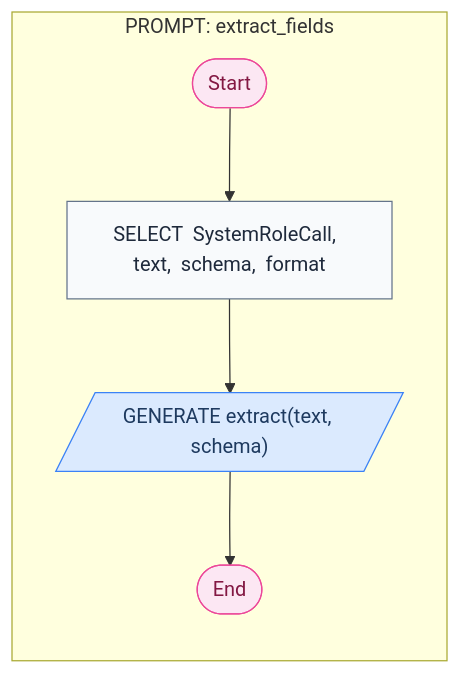
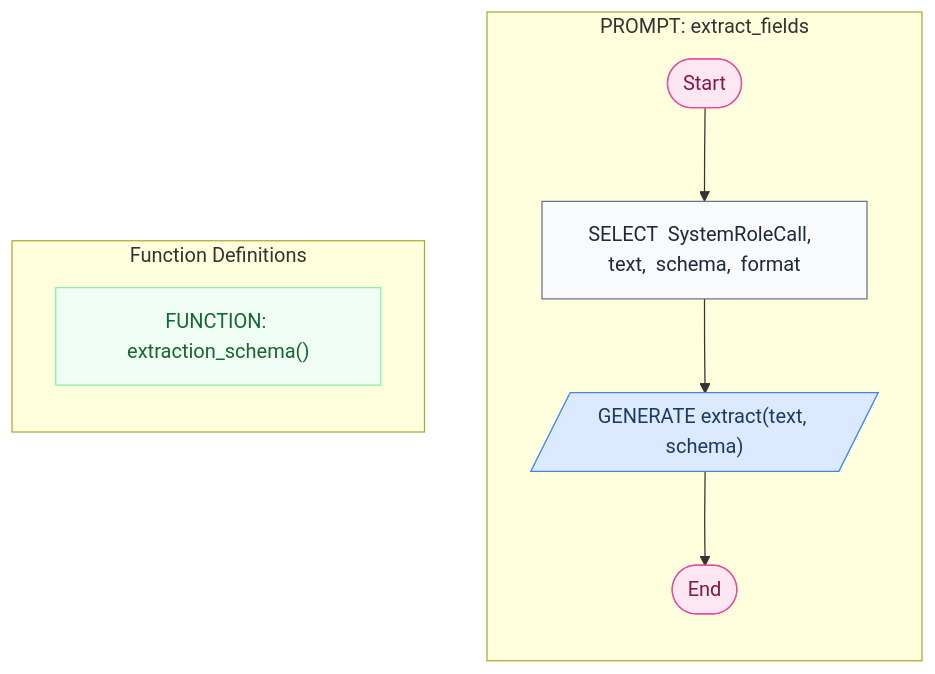
Before and after one commit to digital-duck/SPL.py: the diagram in cookbook/27_data_extraction/mermaid/data_extraction.md, drawn with Mermaid. The commit also changed 334 other files, not shown here.

````diff
--- a/cookbook/27_data_extraction/mermaid/data_extraction.md
+++ b/cookbook/27_data_extraction/mermaid/data_extraction.md
@@ -7,21 +7,26 @@
 ```mermaid
 flowchart TD
     subgraph SG_extract_fields["PROMPT: extract_fields"]
     direction TB
     START1(["Start"])
     SEL2["SELECT  SystemRoleCall,  text,  schema,  format"]
     START1 --> SEL2
     GEN3[/"GENERATE extract(text, schema)"/]
     SEL2 --> GEN3
     END4(["End"])
     GEN3 --> END4
     end
+    subgraph FUNCTIONS["Function Definitions"]
+    direction TB
+    FN5["FUNCTION: extraction_schema()"]
+    end
     class START1 term
     class SEL2 assign
     class GEN3 llm
     class END4 term
+    class FN5 fn
     classDef llm fill:#dbeafe,stroke:#3b82f6,color:#1e3a5f
     classDef term fill:#fce7f3,stroke:#ec4899,color:#831843
     classDef fn fill:#f0fdf4,stroke:#86efac,color:#166534
     classDef assign fill:#f8fafc,stroke:#64748b,color:#1e293b
 ```
````
